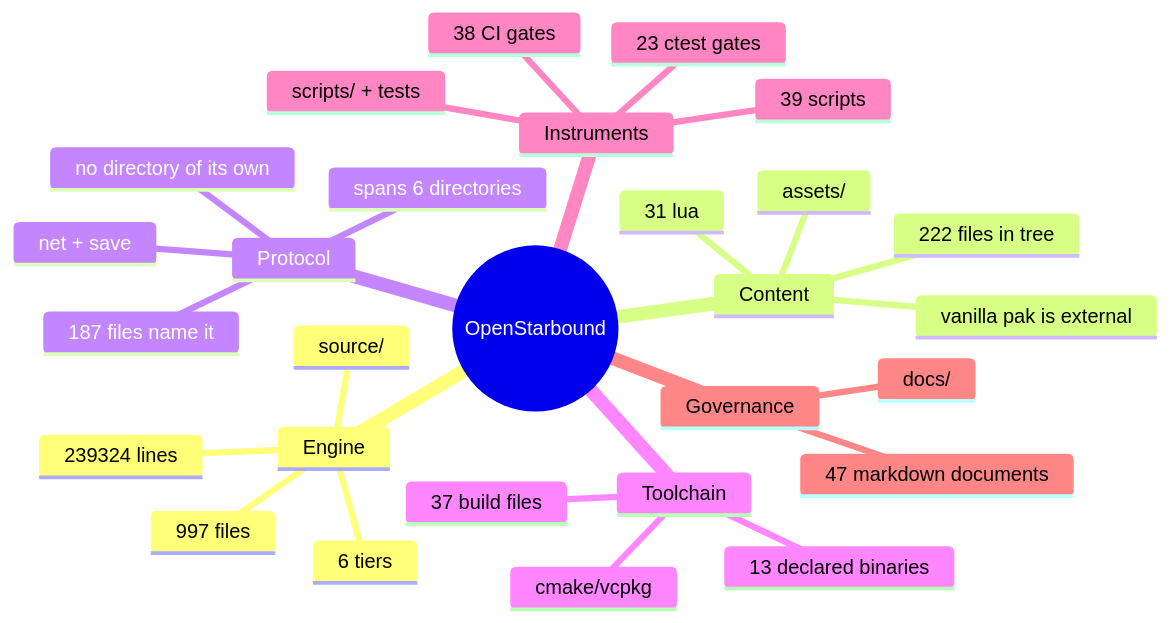
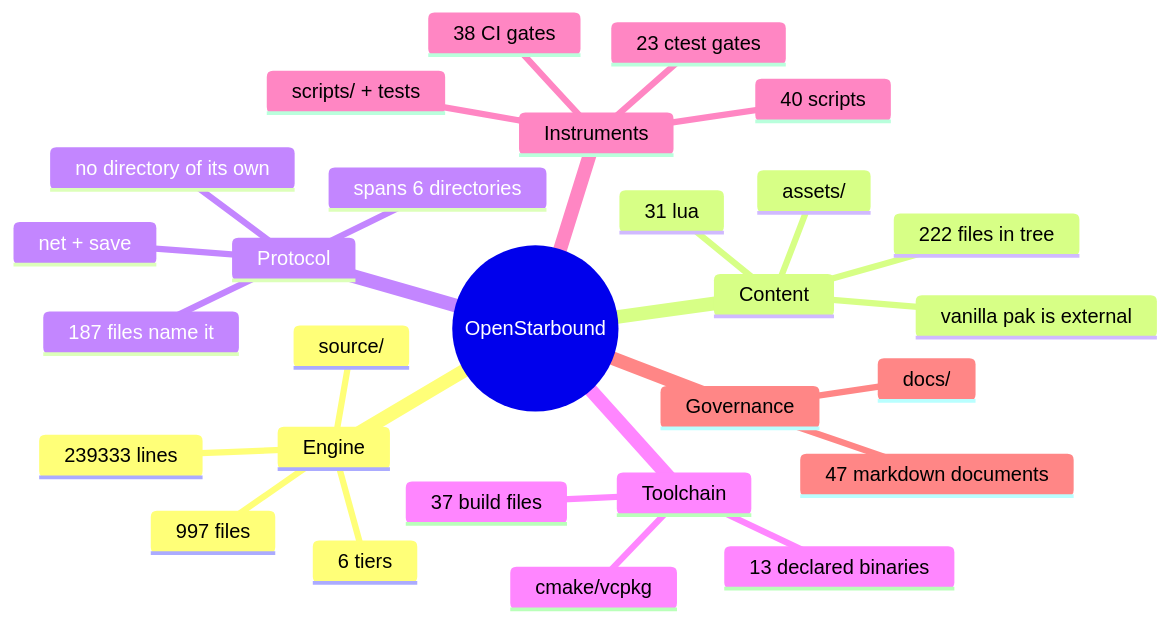
One commit to apnex/OpenStarbound changed the second of 11 diagrams in docs/architecture/system-boundaries.md. Above: the diagram before and after it, drawn with Mermaid. The commit also changed other lines of this file and 10 other files, not shown here.

````diff
--- a/docs/architecture/system-boundaries.md
+++ b/docs/architecture/system-boundaries.md
@@ -166,31 +166,31 @@
 ```mermaid
 mindmap
   root((OpenStarbound))
     Engine
       source/
       997 files
-      239324 lines
+      239333 lines
       6 tiers
     Content
       assets/
       222 files in tree
       31 lua
       vanilla pak is external
     Protocol
       net + save
       187 files name it
       spans 6 directories
       no directory of its own
     Toolchain
       cmake/vcpkg
       37 build files
       13 declared binaries
     Instruments
       scripts/ + tests
-      39 scripts
+      40 scripts
       23 ctest gates
       38 CI gates
     Governance
       docs/
       47 markdown documents
 ```
````
